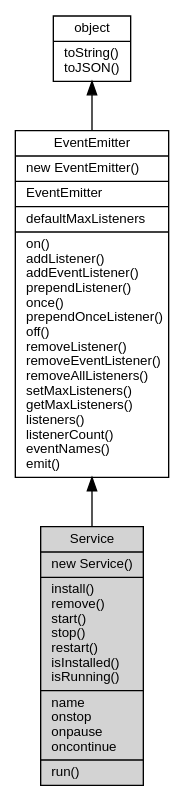
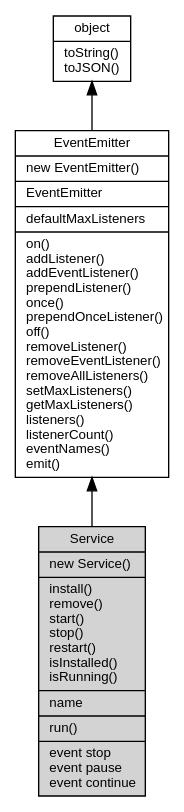
Before and after one commit to fibjs/fibjs.org: the diagram in docs/manual/object/ifs/Service.md, drawn with Graphviz. The commit also changed other lines of this file and 63 other files, not shown here.

````diff
--- a/docs/manual/object/ifs/Service.md
+++ b/docs/manual/object/ifs/Service.md
@@ -5,12 +5,12 @@
 ```dot
 digraph {
     node [fontname="Helvetica,sans-Serif", fontsize=10, shape="record", style="filled", fillcolor="white"];
 
     object [tooltip="object", URL="object.md", label="{object|toString()\ltoJSON()\l}"];
     EventEmitter [tooltip="EventEmitter", URL="EventEmitter.md", label="{EventEmitter|new EventEmitter()\l|EventEmitter\l|defaultMaxListeners\l|on()\laddListener()\laddEventListener()\lprependListener()\lonce()\lprependOnceListener()\loff()\lremoveListener()\lremoveEventListener()\lremoveAllListeners()\lsetMaxListeners()\lgetMaxListeners()\llisteners()\llistenerCount()\leventNames()\lemit()\l}"];
-    Service [tooltip="Service", fillcolor="lightgray", id="me", label="{Service|new Service()\l|install()\lremove()\lstart()\lstop()\lrestart()\lisInstalled()\lisRunning()\l|name\lonstop\lonpause\loncontinue\l|run()\l}"];
+    Service [tooltip="Service", fillcolor="lightgray", id="me", label="{Service|new Service()\l|install()\lremove()\lstart()\lstop()\lrestart()\lisInstalled()\lisRunning()\l|name\l|run()\l|event stop\levent pause\levent continue\l}"];
 
     object -> EventEmitter [dir=back];
     EventEmitter -> Service [dir=back];
 }
 ```
````
